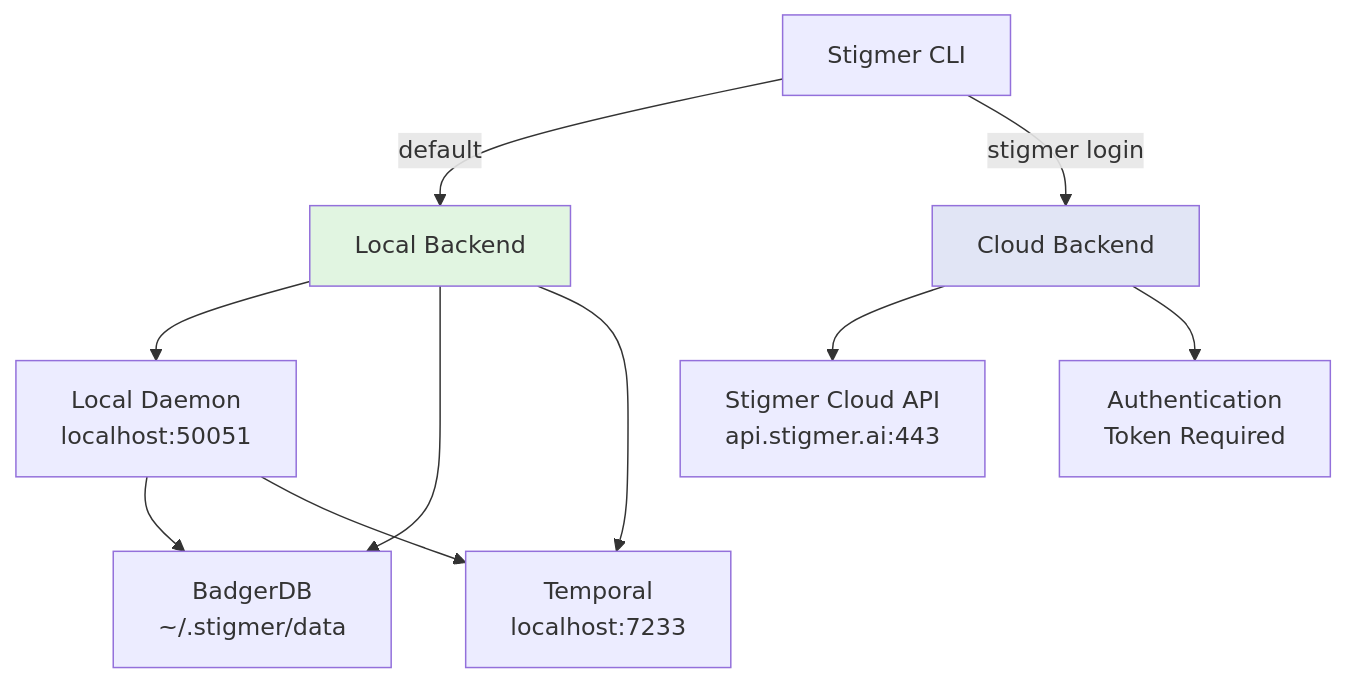
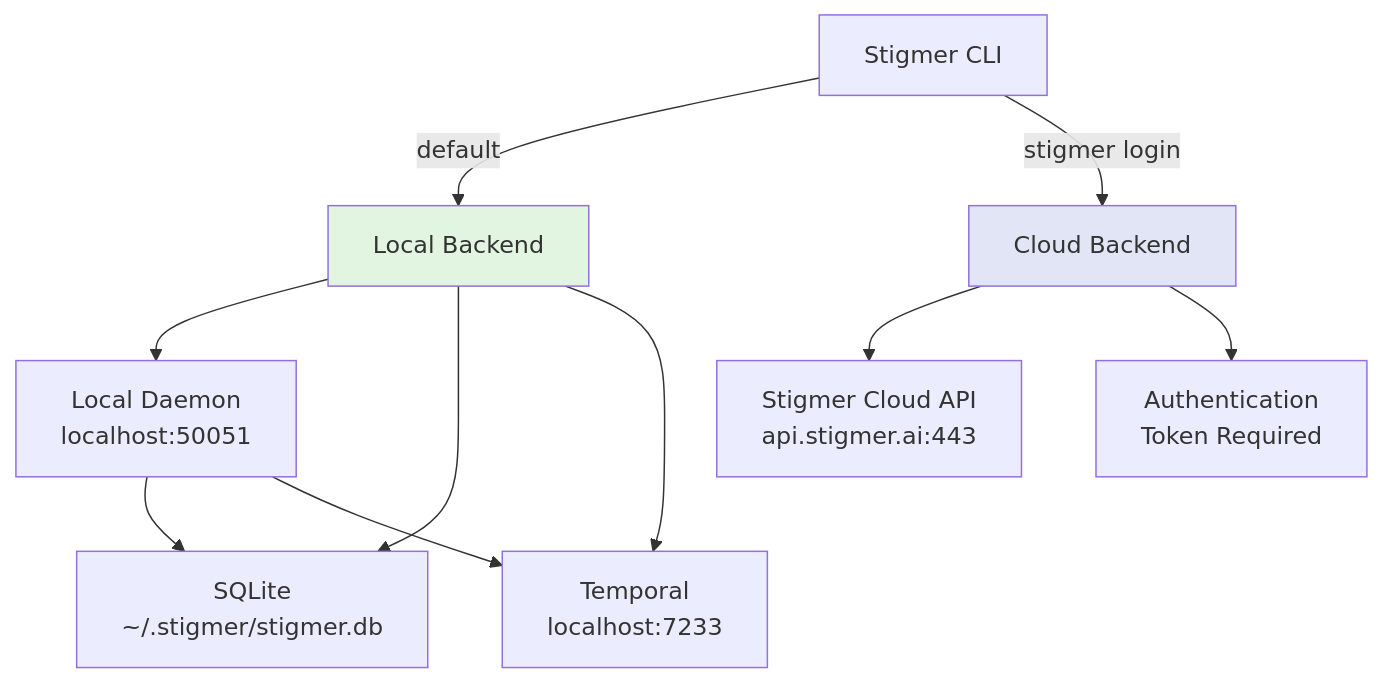
Before and after one commit to stigmer/stigmer: the diagram in docs/architecture/backend-modes.md, drawn with Mermaid. The commit also changed other lines of this file and 30 other files, not shown here.

````diff
--- a/docs/architecture/backend-modes.md
+++ b/docs/architecture/backend-modes.md
@@ -7,19 +7,19 @@
 ```mermaid
 flowchart TB
     CLI[Stigmer CLI]
     CLI -->|default| Local[Local Backend]
     CLI -->|stigmer login| Cloud[Cloud Backend]
     
     Local --> Daemon[Local Daemon<br/>localhost:50051]
-    Local --> DB[BadgerDB<br/>~/.stigmer/data]
+    Local --> DB[SQLite<br/>~/.stigmer/stigmer.db]
     Local --> Temporal[Temporal<br/>localhost:7233]
     
     Cloud --> API[Stigmer Cloud API<br/>api.stigmer.ai:443]
     Cloud --> Auth[Authentication<br/>Token Required]
     
     Daemon --> DB
     Daemon --> Temporal
     
     style Local fill:#e1f5e1
     style Cloud fill:#e1e5f5
 ```
````
